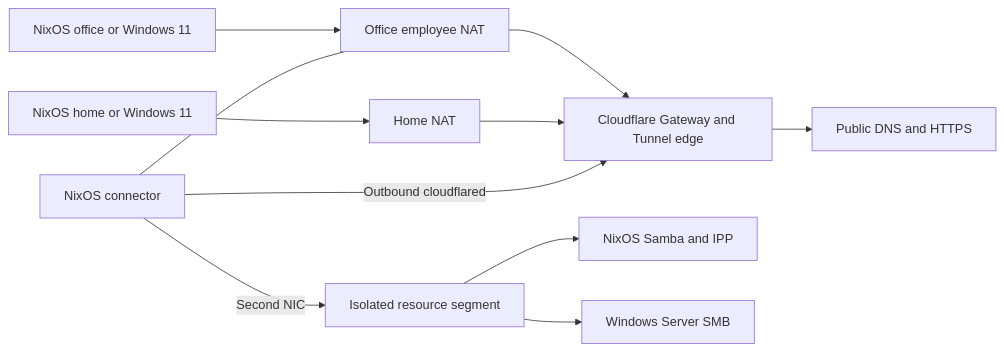
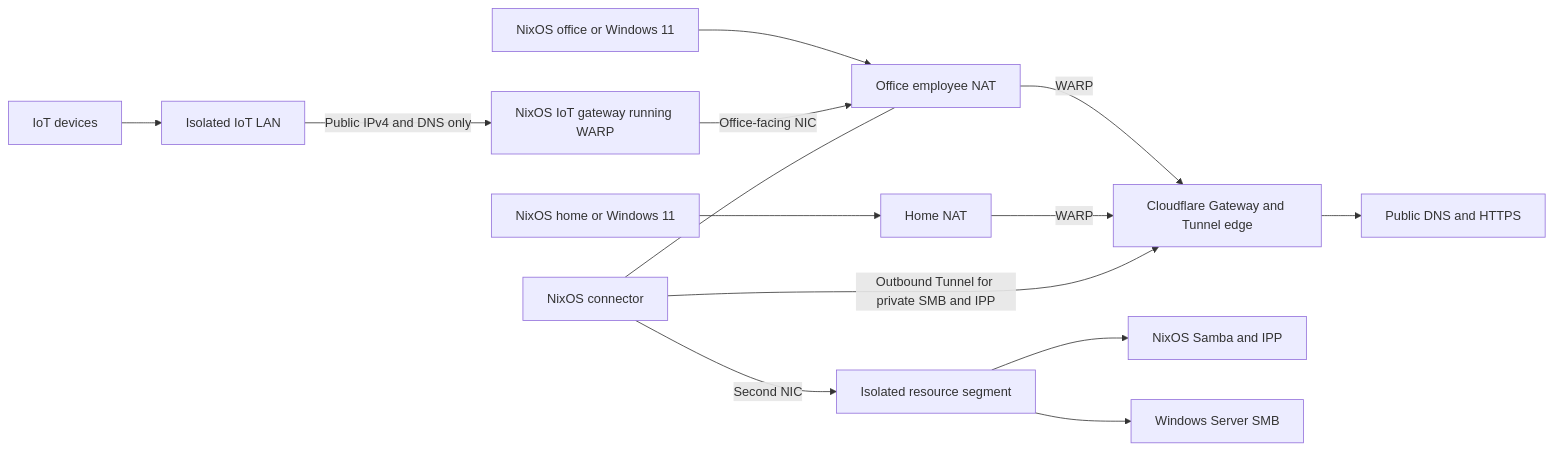
Before and after one commit to kadencartwright/cloudflare-ztna-lab: the diagram in README.md, drawn with Mermaid. The commit also changed other lines of this file, not shown here.

Commit message:
Document the IoT gateway in the lab topology

````diff
--- a/README.md
+++ b/README.md
@@ -5,13 +5,16 @@
 ```mermaid
 flowchart LR
   O[NixOS office or Windows 11] --> ON[Office employee NAT]
   R[NixOS home or Windows 11] --> HN[Home NAT]
-  ON --> E[Cloudflare Gateway and Tunnel edge]
-  HN --> E
+  I[IoT devices] --> IL[Isolated IoT LAN]
+  IL -->|Public IPv4 and DNS only| IG[NixOS IoT gateway running WARP]
+  IG -->|Office-facing NIC| ON
+  ON -->|WARP| E[Cloudflare Gateway and Tunnel edge]
+  HN -->|WARP| E
   E --> W[Public DNS and HTTPS]
-  C[NixOS connector] -->|Outbound cloudflared| E
+  C[NixOS connector] -->|Outbound Tunnel for private SMB and IPP| E
   C --- ON
   C -->|Second NIC| V[Isolated resource segment]
   V --> L[NixOS Samba and IPP]
   V --> S[Windows Server SMB]
 ```
````
